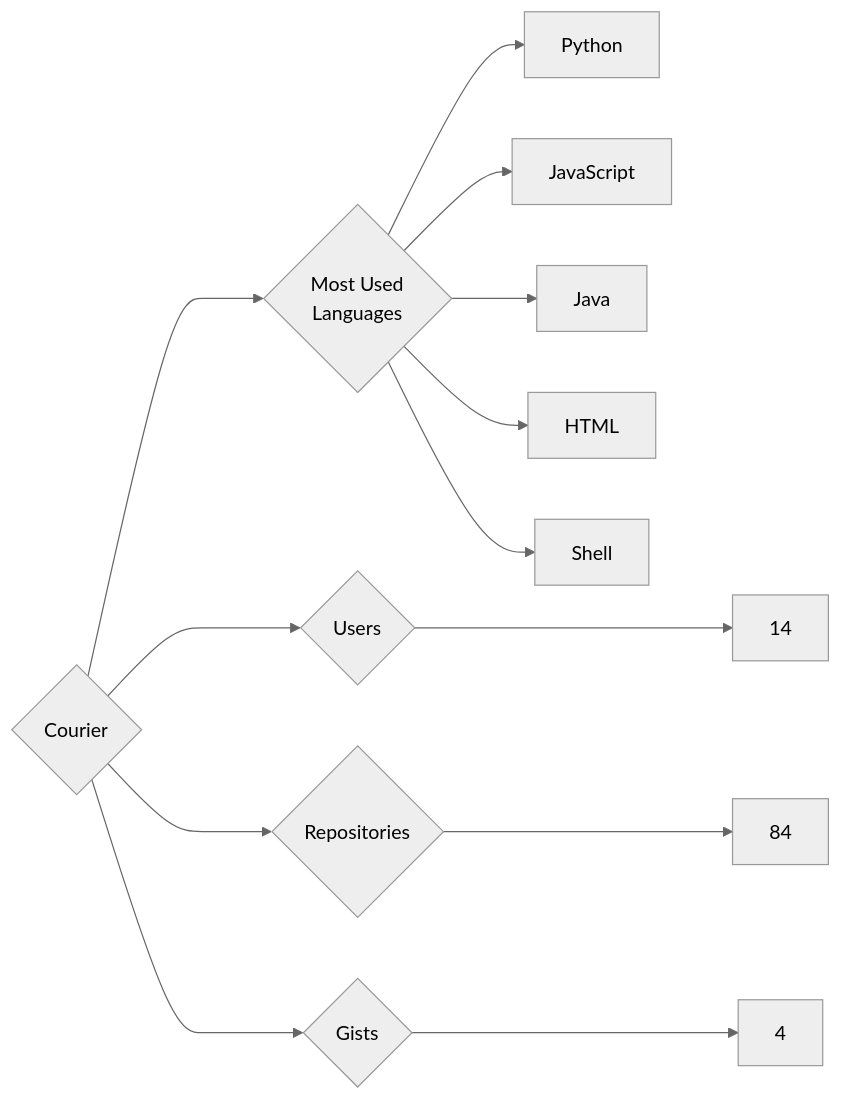
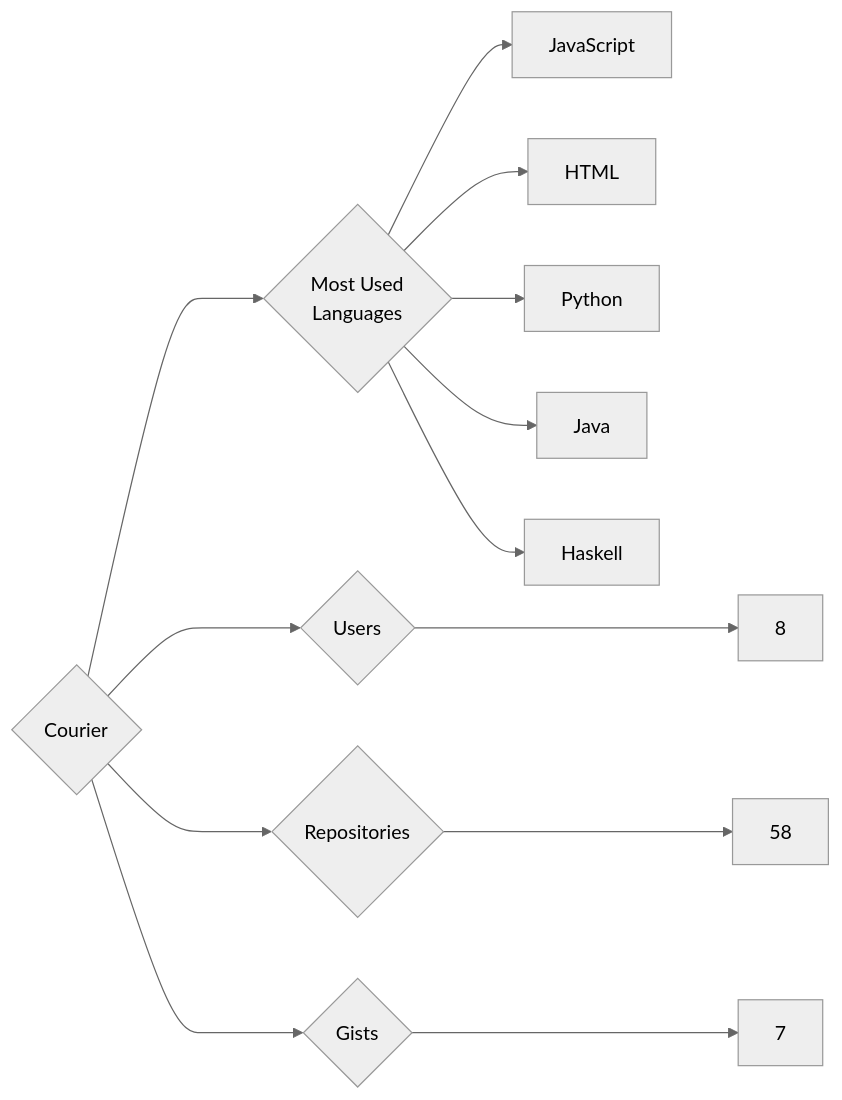
Before and after one commit to trickest/insiders: the diagram in targets/Courier/README.md, drawn with Mermaid (neutral theme). The commit also changed 873 other files, not shown here.

````diff
--- a/targets/Courier/README.md
+++ b/targets/Courier/README.md
@@ -3,13 +3,13 @@
 ```mermaid
 graph LR
 COMPANY_NAME{Courier}
-COMPANY_NAME ---> U{Users} ---> UN[14]
-COMPANY_NAME ---> R{Repositories} ---> RN[84]
-COMPANY_NAME ---> G{Gists} ---> GN[4]
+COMPANY_NAME ---> U{Users} ---> UN[8]
+COMPANY_NAME ---> R{Repositories} ---> RN[58]
+COMPANY_NAME ---> G{Gists} ---> GN[7]
 COMPANY_NAME ---> ML{Most Used<br>Languages}
+ML --> JavaScript[JavaScript]
+ML --> HTML[HTML]
 ML --> Python[Python]
-ML --> JavaScript[JavaScript]
 ML --> Java[Java]
-ML --> HTML[HTML]
-ML --> Shell[Shell]
+ML --> Haskell[Haskell]
 ```
````
